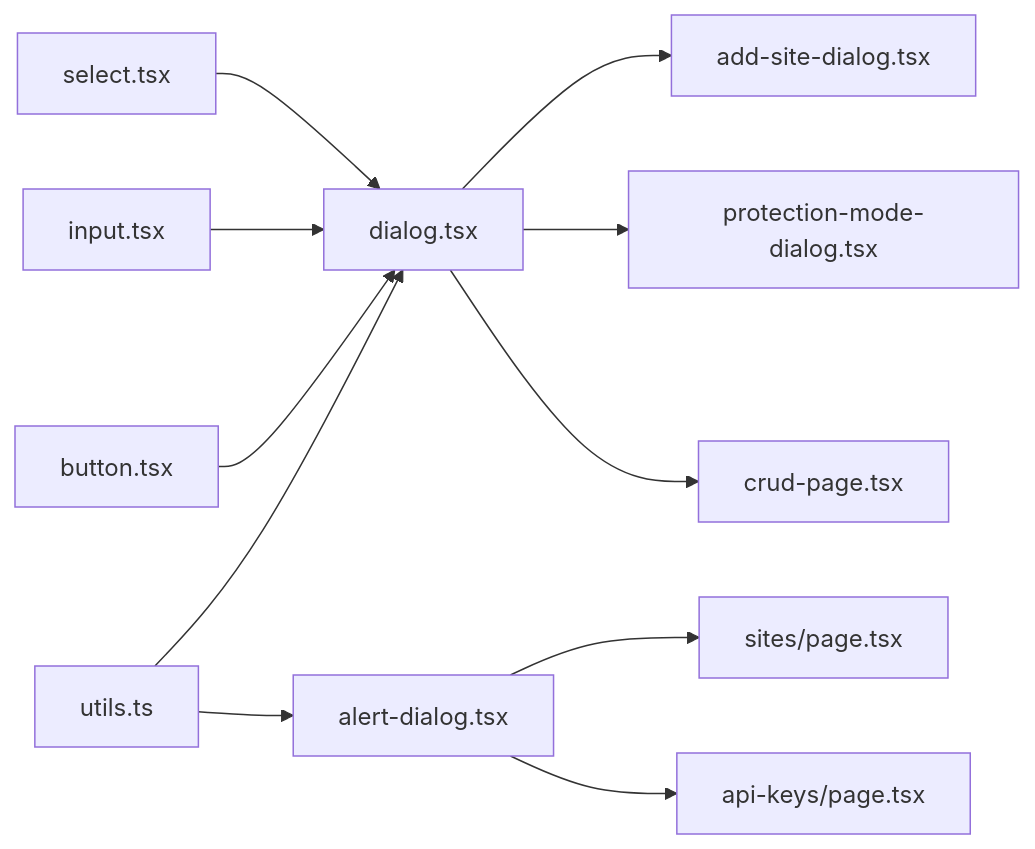
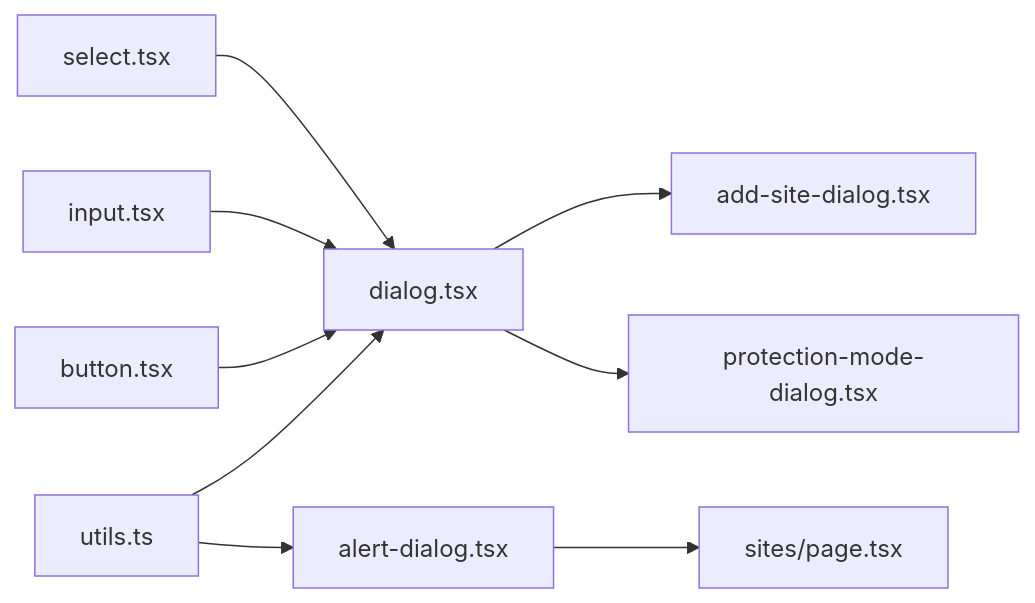
One commit to x01n/My-OpenWaf changed the eighth of 8 diagrams in docs/前端管理界面/组件设计模式/对话框组件.md. Above: the diagram before and after it, drawn with Mermaid. The commit also changed other lines of this file and 199 other files, not shown here.

````diff
--- a/docs/前端管理界面/组件设计模式/对话框组件.md
+++ b/docs/前端管理界面/组件设计模式/对话框组件.md
@@ -340,13 +289,11 @@
 ```mermaid
 graph LR
 Utils["utils.ts"] --> Dialog["dialog.tsx"]
 Utils --> AlertDialog["alert-dialog.tsx"]
 Dialog --> AddSite["add-site-dialog.tsx"]
 Dialog --> ProtectionMode["protection-mode-dialog.tsx"]
-Dialog --> Crud["crud-page.tsx"]
 AlertDialog --> SitesPage["sites/page.tsx"]
-AlertDialog --> APIKeys["api-keys/page.tsx"]
 Button["button.tsx"] --> Dialog
 Input["input.tsx"] --> Dialog
 Select["select.tsx"] --> Dialog
 ```
````
